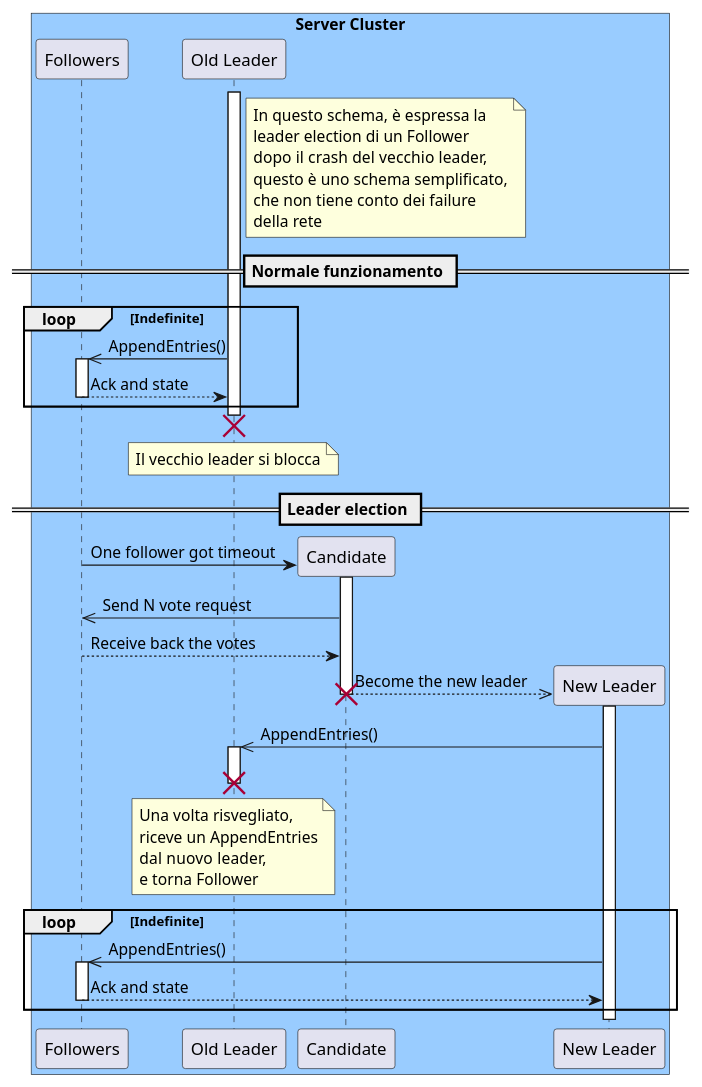
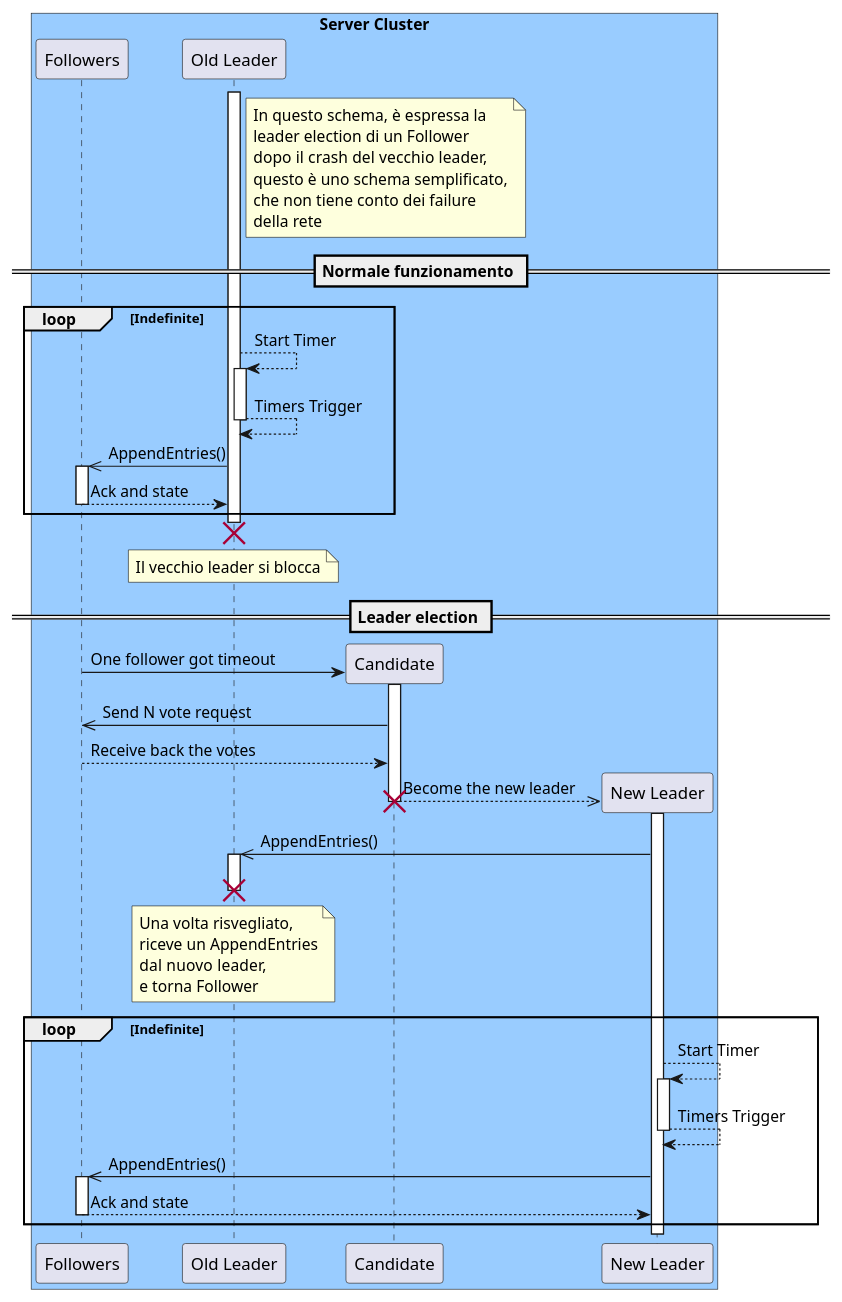
The diagram in doc/plantuml/SeqDiagram/LeaderElection.plantuml (thedevstone/akka-raft), drawn with PlantUML before and after one commit. The commit also changed 1 other file, not shown here.

Commit message:
Aggiunta dei Timer, e ricomplilazione immagine

```diff
--- a/doc/plantuml/SeqDiagram/LeaderElection.plantuml
+++ b/doc/plantuml/SeqDiagram/LeaderElection.plantuml
@@ -1,54 +1,58 @@
 @startuml
     
 
   box "Server Cluster" #99CCFF 
     participant "Followers" as Followers
     participant "Old Leader" as OldLeader
     participant "Candidate" as Candidate
     participant "New Leader" as Leader
   activate OldLeader
 
   note right OldLeader
     In questo schema, è espressa la
     leader election di un Follower
     dopo il crash del vecchio leader,
     questo è uno schema semplificato,
     che non tiene conto dei failure 
     della rete
   end note
   == Normale funzionamento ==
   loop Indefinite
+    OldLeader --> OldLeader ++ : Start Timer
+    return Timers Trigger
     OldLeader ->> Followers : AppendEntries()
     activate Followers
     Followers --> OldLeader : Ack and state
     deactivate Followers
   end group
     destroy OldLeader 
   note over OldLeader :Il vecchio leader si blocca
   == Leader election ==
   Followers -> Candidate ** : One follower got timeout
   activate Candidate
   Candidate ->> Followers : Send N vote request
   Followers --> Candidate : Receive back the votes
   
   Candidate -->> Leader ** : Become the new leader
   activate Leader
   deactivate Candidate 
   destroy Candidate
   Leader ->> OldLeader : AppendEntries()
   activate OldLeader
   note Over OldLeader 
     Una volta risvegliato,
     riceve un AppendEntries
     dal nuovo leader,
     e torna Follower
   end note
   destroy OldLeader
   loop Indefinite
+    Leader --> Leader ++ : Start Timer
+    return Timers Trigger
     Leader ->> Followers : AppendEntries()
     activate Followers
     Followers --> Leader : Ack and state
     deactivate Followers
   end group
 end box
 @enduml
```
